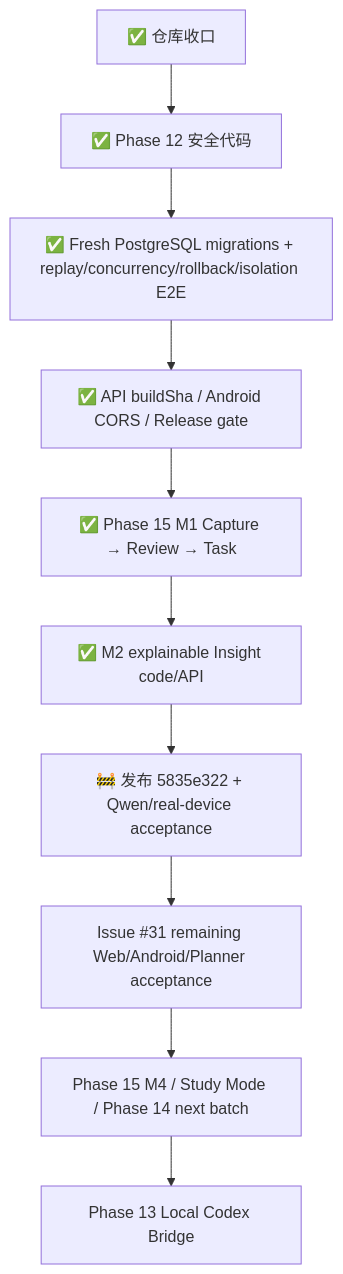
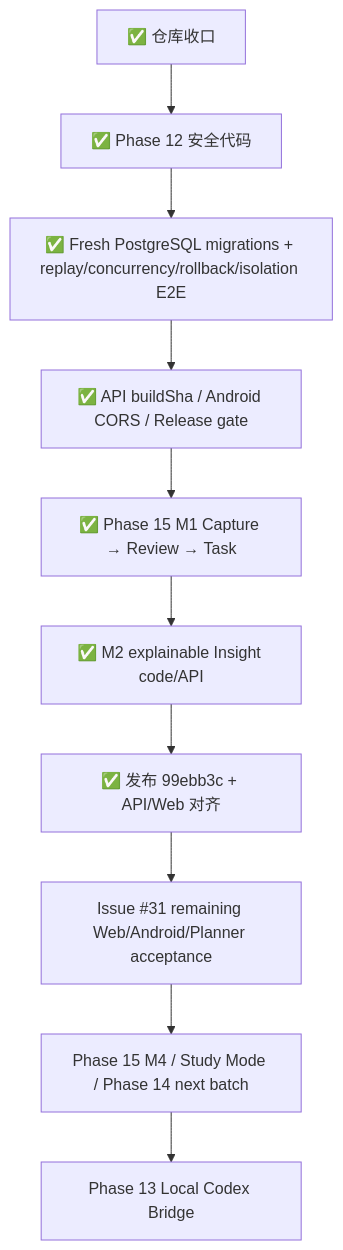
Before and after one commit to tiads031-boop/sparkflow: the second of 2 diagrams in PROJECT_BLUEPRINT.md, drawn with Mermaid. The commit also changed other lines of this file, not shown here.

````diff
--- a/PROJECT_BLUEPRINT.md
+++ b/PROJECT_BLUEPRINT.md
@@ -279,12 +280,12 @@
 ```mermaid
 flowchart TD
     A["✅ 仓库收口"] --> B["✅ Phase 12 安全代码"]
     B --> C["✅ Fresh PostgreSQL migrations + replay/concurrency/rollback/isolation E2E"]
     C --> D["✅ API buildSha / Android CORS / Release gate"]
     D --> E["✅ Phase 15 M1 Capture → Review → Task"]
     E --> F["✅ M2 explainable Insight code/API"]
-    F --> G["🚧 发布 5835e322 + Qwen/real-device acceptance"]
+    F --> G["✅ 发布 99ebb3c + API/Web 对齐"]
     G --> H["Issue #31 remaining Web/Android/Planner acceptance"]
     H --> I["Phase 15 M4 / Study Mode / Phase 14 next batch"]
     I --> J["Phase 13 Local Codex Bridge"]
 ```
````
